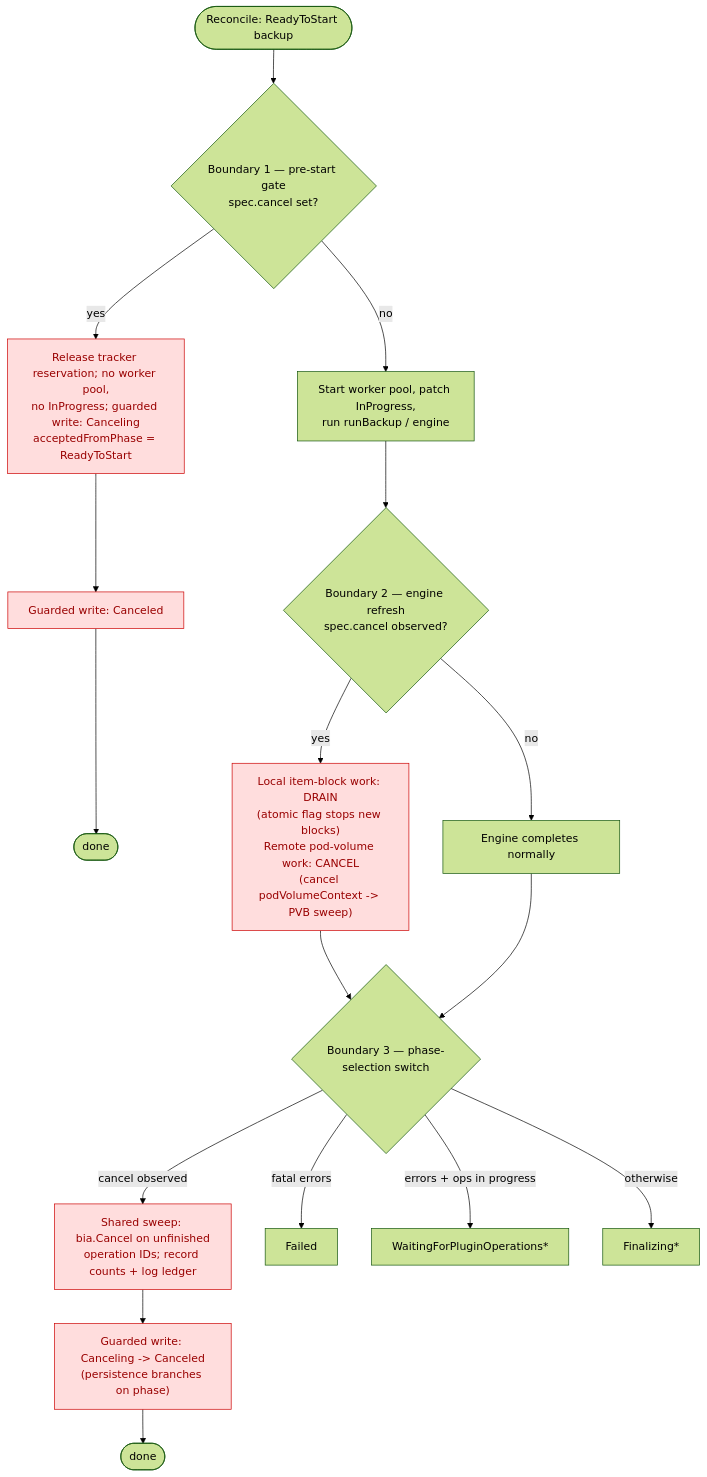
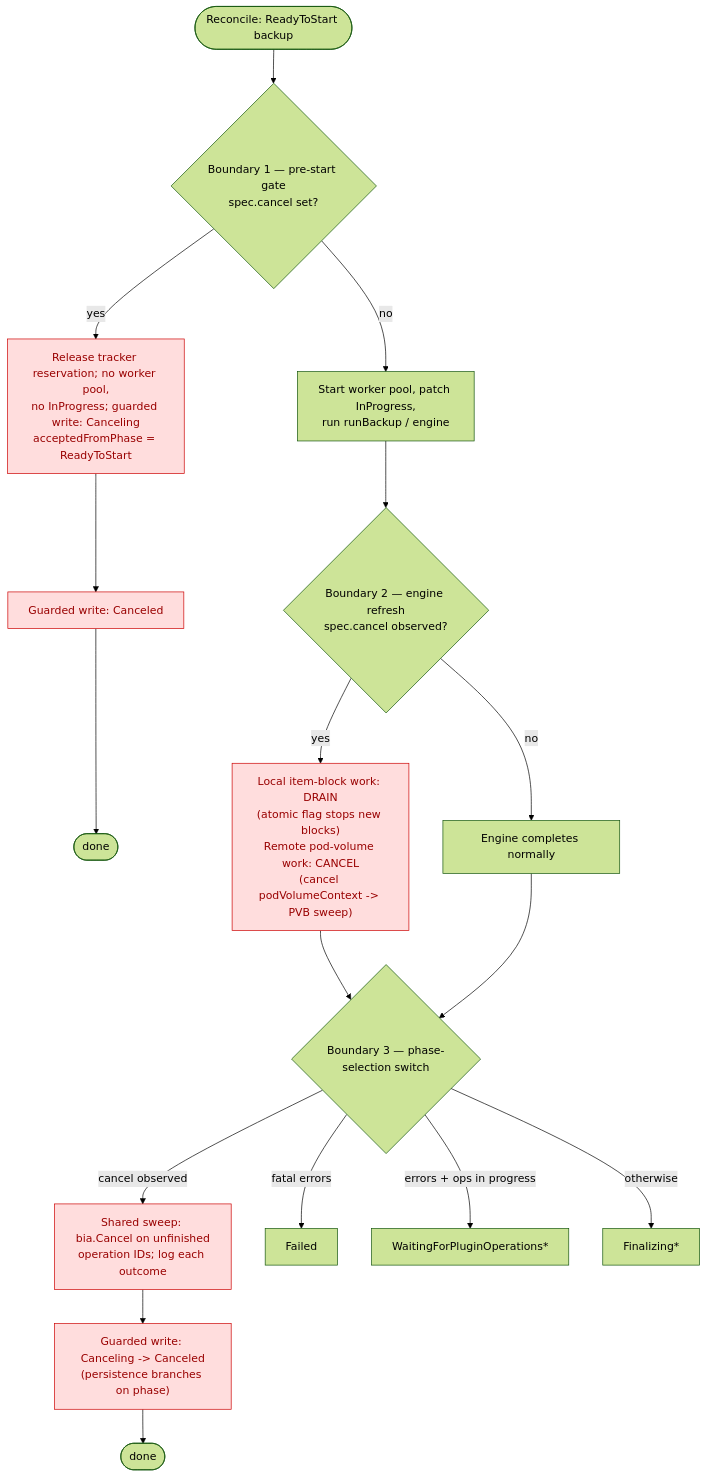
The third of 6 diagrams in design/backup-cancellation_design.md (vmware-tanzu/velero), drawn with Mermaid (forest theme) before and after one commit. The commit also changed other lines of this file, not shown here.

````diff
--- a/design/backup-cancellation_design.md
+++ b/design/backup-cancellation_design.md
@@ -301,23 +277,23 @@
 ```mermaid
 flowchart TD
     Start([Reconcile: ReadyToStart backup]) --> B1{"Boundary 1 — pre-start gate<br/>spec.cancel set?"}
     B1 -- yes --> P1["Release tracker reservation; no worker pool,<br/>no InProgress; guarded write: Canceling<br/>acceptedFromPhase = ReadyToStart"]
     P1 --> P2[Guarded write: Canceled]
     P2 --> End1([done])
 
     B1 -- no --> Run["Start worker pool, patch InProgress,<br/>run runBackup / engine"]
     Run --> B2{"Boundary 2 — engine refresh<br/>spec.cancel observed?"}
     B2 -- yes --> Hybrid["Local item-block work: DRAIN<br/>(atomic flag stops new blocks)<br/>Remote pod-volume work: CANCEL<br/>(cancel podVolumeContext -> PVB sweep)"]
     B2 -- no --> Normal[Engine completes normally]
     Hybrid --> B3
     Normal --> B3{"Boundary 3 — phase-selection switch"}
-    B3 -- cancel observed --> Sweep["Shared sweep: bia.Cancel on unfinished<br/>operation IDs; record counts + log ledger"]
+    B3 -- cancel observed --> Sweep["Shared sweep: bia.Cancel on unfinished<br/>operation IDs; log each outcome"]
     Sweep --> CW["Guarded write: Canceling -> Canceled<br/>(persistence branches on phase)"]
     CW --> End2([done])
     B3 -- fatal errors --> F1[Failed]
     B3 -- "errors + ops in progress" --> F2["WaitingForPluginOperations*"]
     B3 -- otherwise --> F3["Finalizing*"]
 
     classDef cancel fill:#fdd,stroke:#c00,color:#900
     class P1,P2,Hybrid,Sweep,CW cancel
 ```
````
